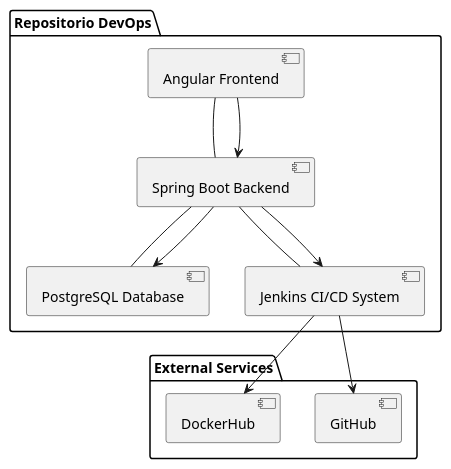
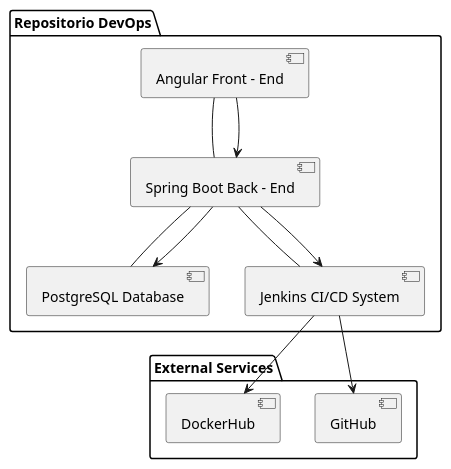
One commit to ANTHONYPACHAY/repo_devops changed the diagram in diagrams/components.puml. Above: the diagram before and after it, drawn with PlantUML. The commit also changed 16 other files, not shown here.

```diff
--- a/diagrams/components.puml
+++ b/diagrams/components.puml
@@ -1,19 +1,19 @@
 @startuml
 package "Repositorio DevOps" {
-    [Angular Frontend] - [Spring Boot Backend]
-    [Spring Boot Backend] - [PostgreSQL Database]
-    [Spring Boot Backend] - [Jenkins CI/CD System]
+    [Angular Front - End] - [Spring Boot Back - End]
+    [Spring Boot Back - End] - [PostgreSQL Database]
+    [Spring Boot Back - End] - [Jenkins CI/CD System]
 }
 
 package "External Services" {
     [GitHub]
     [DockerHub]
 }
 
-[Angular Frontend] --> [Spring Boot Backend]
-[Spring Boot Backend] --> [PostgreSQL Database]
-[Spring Boot Backend] --> [Jenkins CI/CD System]
+[Angular Front - End] --> [Spring Boot Back - End]
+[Spring Boot Back - End] --> [PostgreSQL Database]
+[Spring Boot Back - End] --> [Jenkins CI/CD System]
 
 [Jenkins CI/CD System] --> [GitHub]
 [Jenkins CI/CD System] --> [DockerHub]
 @enduml
```
